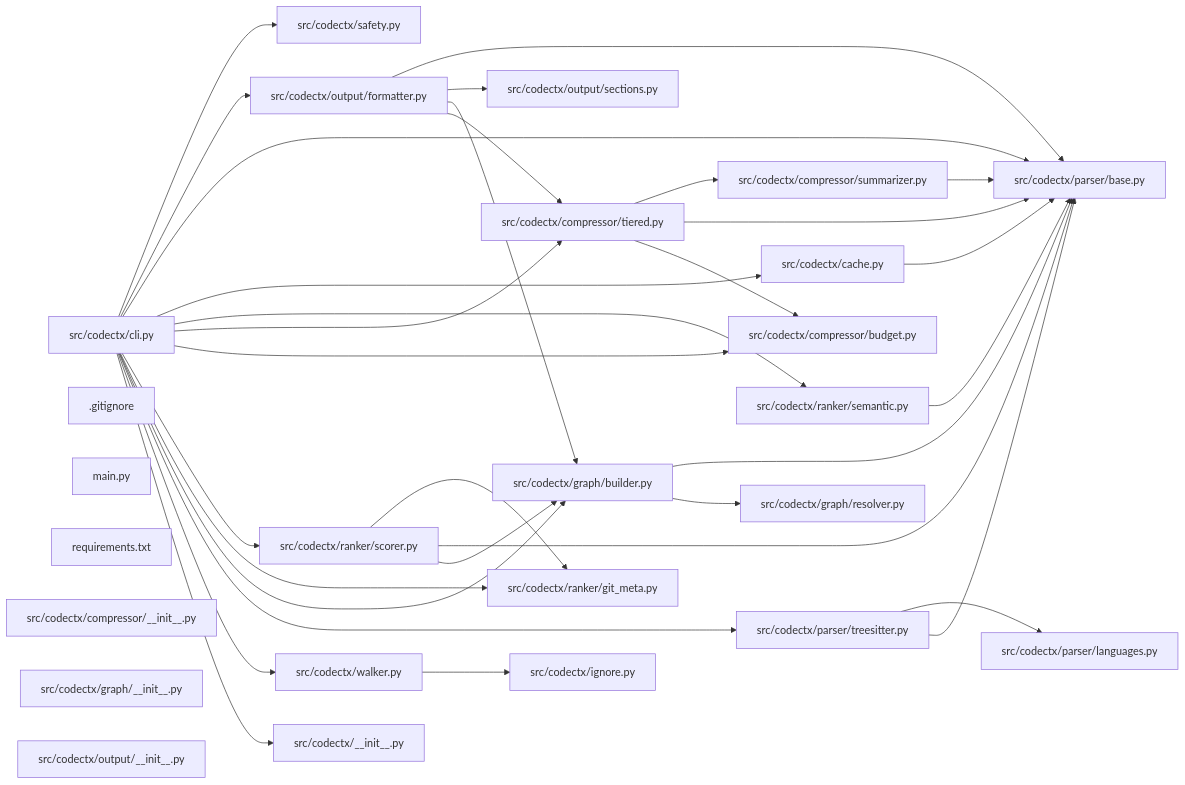
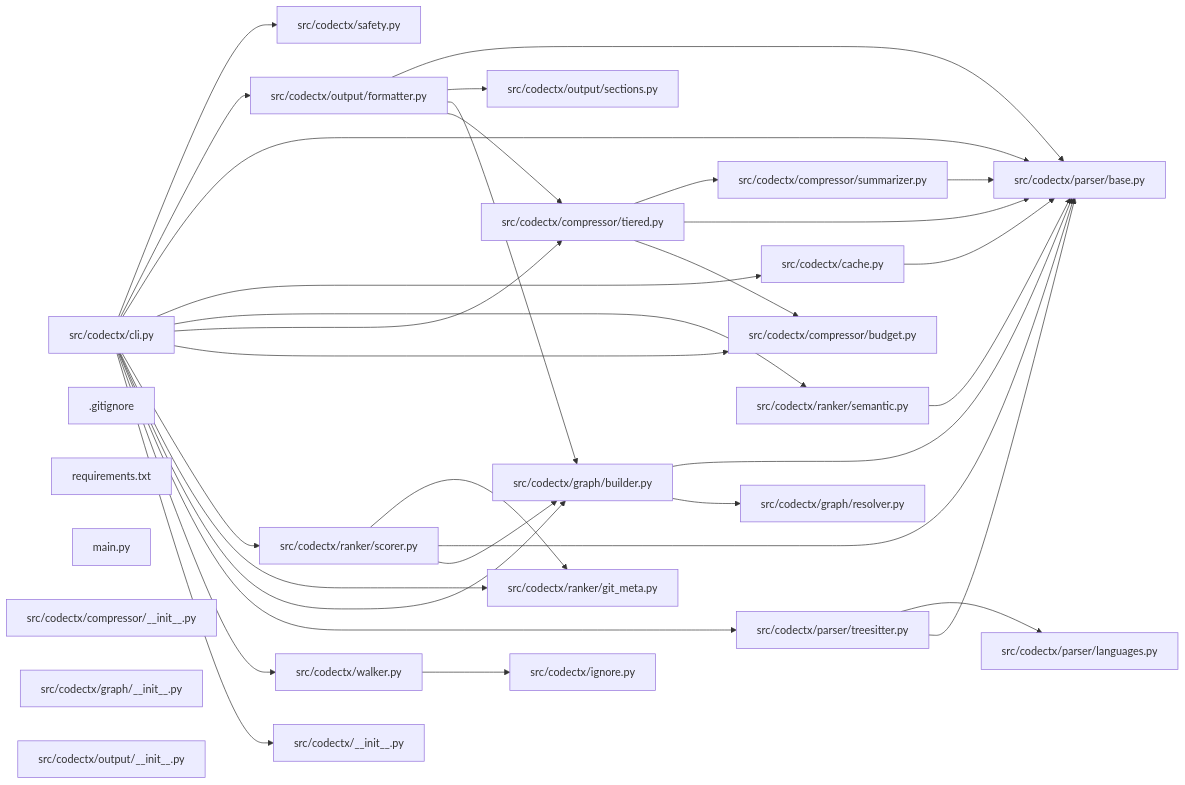
Before and after one commit to hey-granth/codectx: the diagram in CONTEXT.md, drawn with Mermaid. The commit also changed other lines of this file and 1 other file, not shown here.

````diff
--- a/CONTEXT.md
+++ b/CONTEXT.md
@@ -840,59 +836,59 @@
 ```mermaid
 graph LR
     f0["src/codectx/cli.py"]
-    f1["src/codectx/compressor/tiered.py"]
-    f2["src/codectx/parser/base.py"]
+    f1["src/codectx/parser/base.py"]
+    f2["src/codectx/compressor/tiered.py"]
     f3["src/codectx/output/formatter.py"]
     f4["src/codectx/parser/treesitter.py"]
     f5["src/codectx/ranker/scorer.py"]
-    f6["src/codectx/ranker/git_meta.py"]
-    f7["src/codectx/graph/builder.py"]
+    f6["src/codectx/graph/builder.py"]
+    f7["src/codectx/ranker/git_meta.py"]
     f8["src/codectx/ranker/semantic.py"]
-    f9["src/codectx/graph/resolver.py"]
-    f10["src/codectx/walker.py"]
-    f11["src/codectx/output/sections.py"]
-    f12["src/codectx/cache.py"]
+    f9["src/codectx/walker.py"]
+    f10["src/codectx/graph/resolver.py"]
+    f11["src/codectx/cache.py"]
+    f12["src/codectx/output/sections.py"]
     f13[".gitignore"]
     f14["src/codectx/compressor/budget.py"]
-    f15["src/codectx/compressor/summarizer.py"]
-    f16["src/codectx/parser/languages.py"]
-    f17["main.py"]
-    f18["src/codectx/ignore.py"]
-    f19["src/codectx/__init__.py"]
-    f20["src/codectx/safety.py"]
-    f21["requirements.txt"]
+    f15["requirements.txt"]
+    f16["src/codectx/compressor/summarizer.py"]
+    f17["src/codectx/parser/languages.py"]
+    f18["main.py"]
+    f19["src/codectx/ignore.py"]
+    f20["src/codectx/__init__.py"]
+    f21["src/codectx/safety.py"]
     f22["src/codectx/compressor/__init__.py"]
     f23["src/codectx/graph/__init__.py"]
     f24["src/codectx/output/__init__.py"]
-    f0 --> f20
+    f0 --> f21
     f0 --> f3
+    f0 --> f1
+    f0 --> f11
+    f0 --> f8
     f0 --> f2
-    f0 --> f12
-    f0 --> f8
-    f0 --> f1
     f0 --> f14
     f0 --> f5
+    f0 --> f7
     f0 --> f6
-    f0 --> f7
     f0 --> f4
-    f0 --> f10
-    f0 --> f19
-    f1 --> f15
-    f1 --> f2
-    f1 --> f14
+    f0 --> f9
+    f0 --> f20
+    f2 --> f16
+    f2 --> f1
+    f2 --> f14
+    f3 --> f1
+    f3 --> f12
+    f3 --> f6
     f3 --> f2
-    f3 --> f11
-    f3 --> f7
-    f3 --> f1
-    f4 --> f16
-    f4 --> f2
+    f4 --> f17
+    f4 --> f1
+    f5 --> f7
+    f5 --> f1
     f5 --> f6
-    f5 --> f2
-    f5 --> f7
-    f7 --> f2
-    f7 --> f9
-    f8 --> f2
-    f10 --> f18
-    f12 --> f2
-    f15 --> f2
+    f6 --> f1
+    f6 --> f10
+    f8 --> f1
+    f9 --> f19
+    f11 --> f1
+    f16 --> f1
 ```
````
